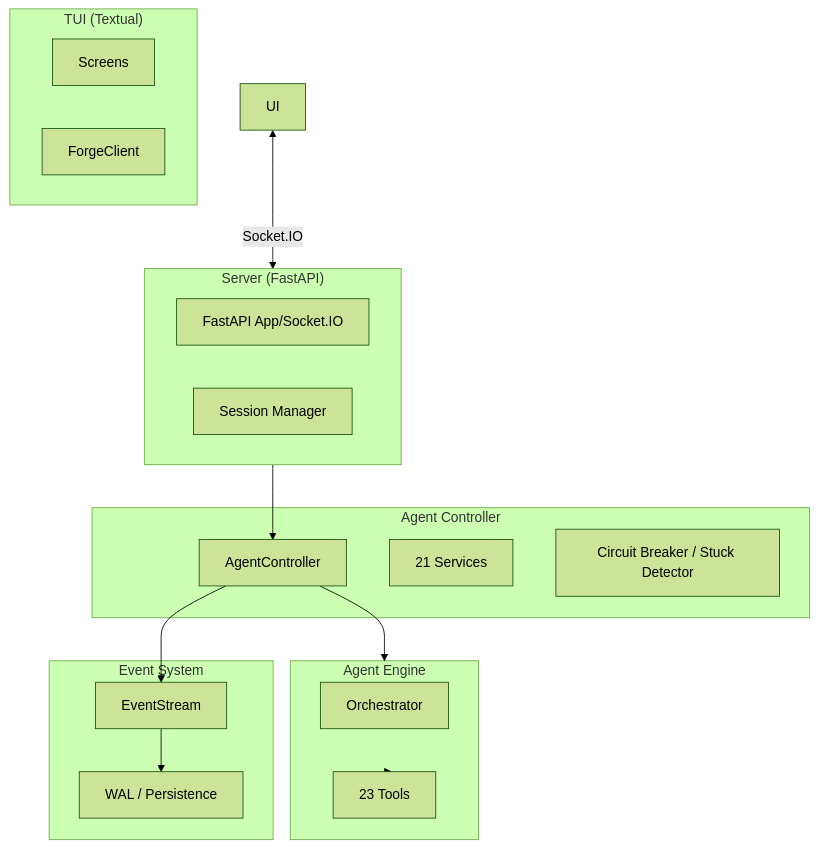
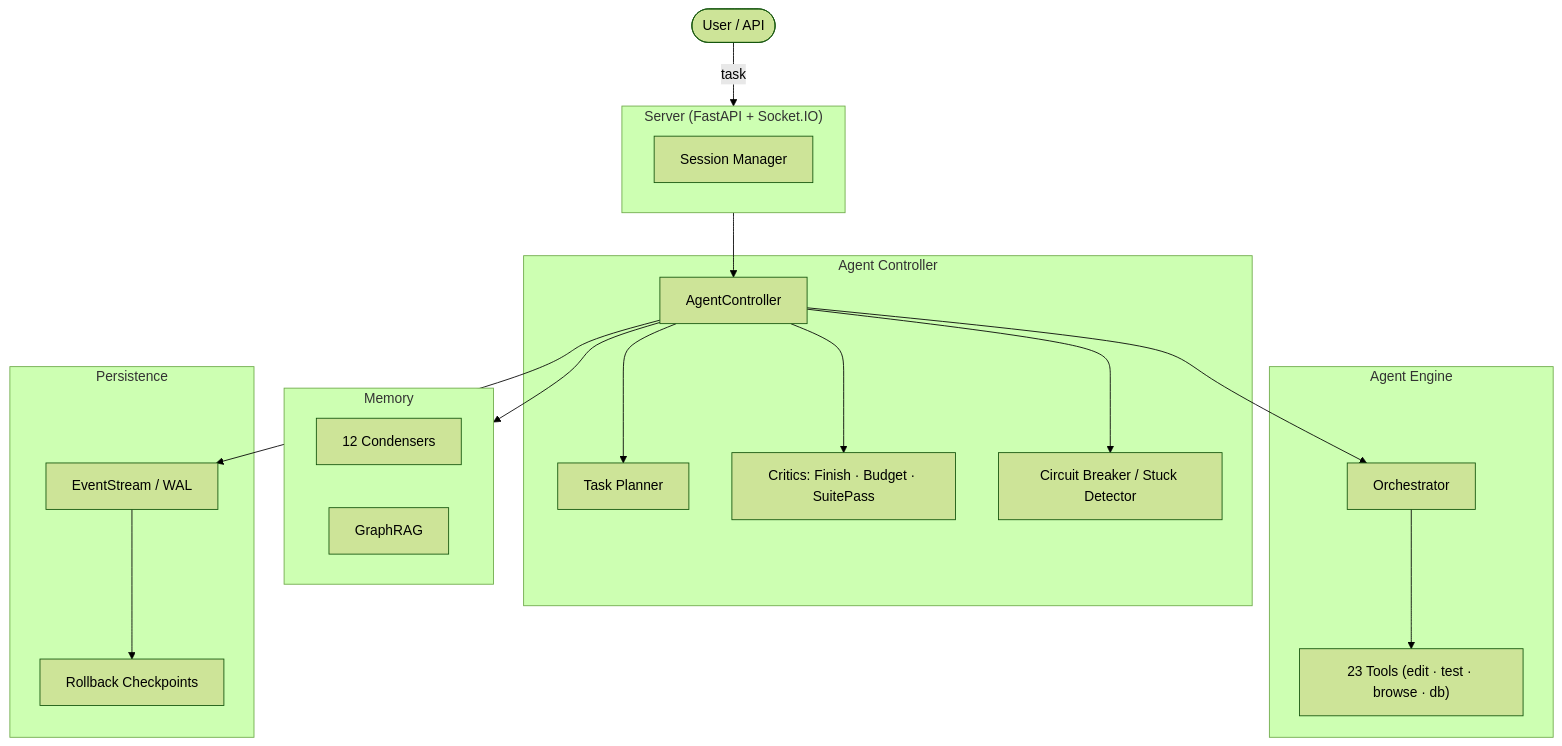
Before and after one commit to josephsenior/Grinta-Agent: the diagram in README.md, drawn with Mermaid (forest theme). The commit also changed other lines of this file and 463 other files, not shown here.

````diff
--- a/README.md
+++ b/README.md
@@ -27,35 +31,40 @@
 ```mermaid
 graph TB
-    subgraph TUI["TUI (Textual)"]
-        Screens[Screens]
-        Client[ForgeClient]
-    end
+    User([User / API]) -->|task| Server
 
-    subgraph Server["Server (FastAPI)"]
-        APP[FastAPI App/Socket.IO]
+    subgraph Server["Server (FastAPI + Socket.IO)"]
         SM[Session Manager]
     end
 
     subgraph Controller["Agent Controller"]
         AC[AgentController]
-        Services[21 Services]
+        Planner[Task Planner]
+        Critics[Critics: Finish · Budget · SuitePass]
         Safety[Circuit Breaker / Stuck Detector]
     end
 
     subgraph Engine["Agent Engine"]
         ORCH[Orchestrator]
-        Tools[23 Tools]
+        Tools["23 Tools (edit · test · browse · db)"]
     end
 
-    subgraph Events["Event System"]
-        ES[EventStream]
-        WAL[WAL / Persistence]
+    subgraph Memory["Memory"]
+        Condensers["12 Condensers"]
+        GraphRAG[GraphRAG]
     end
 
-    UI <-->|Socket.IO| Server
+    subgraph Persistence["Persistence"]
+        ES[EventStream / WAL]
+        Checkpoints[Rollback Checkpoints]
+    end
+
     Server --> AC
-    AC --> Engine
-    Engine --> Tools
+    AC --> Planner
+    AC --> ORCH
+    ORCH --> Tools
+    AC --> Memory
+    AC --> Critics
+    AC --> Safety
     AC --> ES
-    ES --> WAL
+    ES --> Checkpoints
 ```
````
